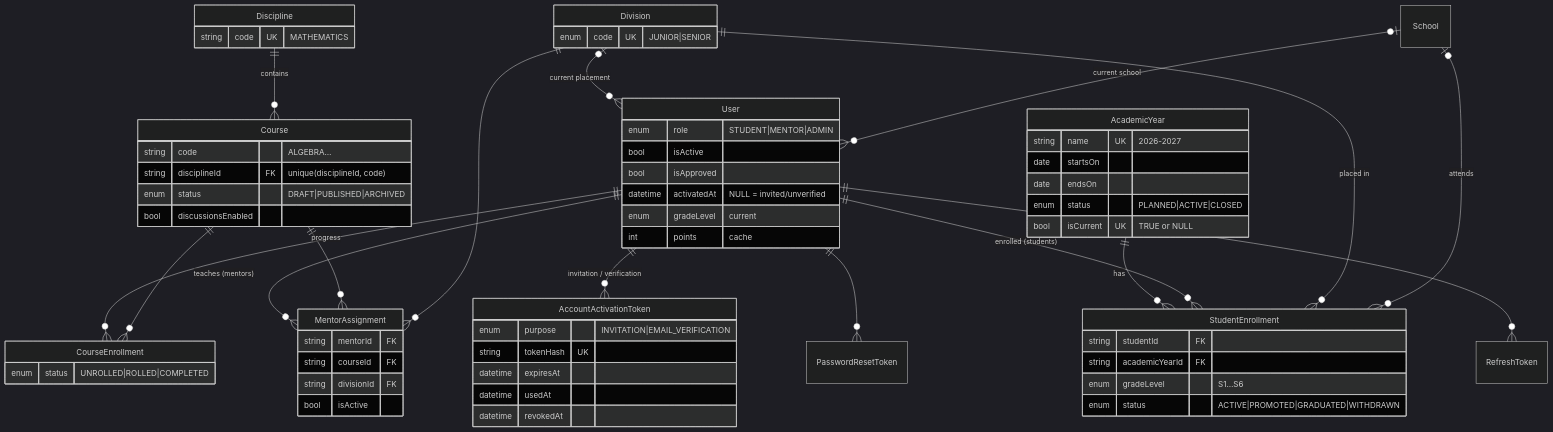
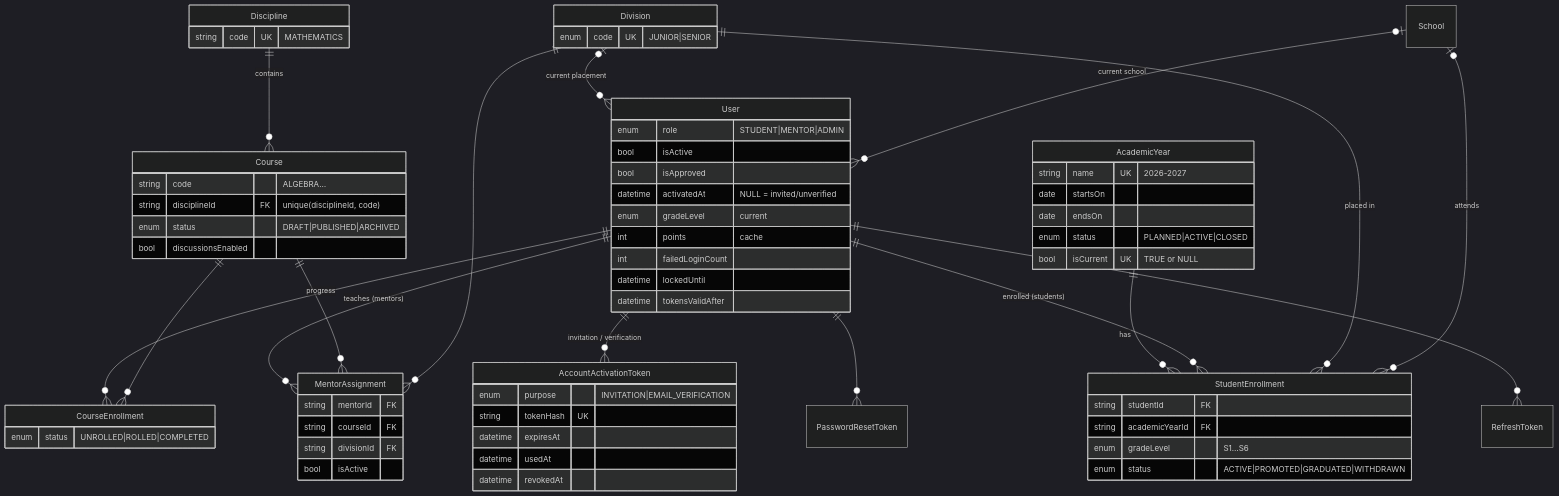
One commit to Theoneste1/ROFBACKENDTEST changed the first of 5 diagrams in docs/DATABASE.md. Above: the diagram before and after it, drawn with Mermaid (dark theme). The commit also changed other lines of this file and 14 other files, not shown here.

````diff
--- a/docs/DATABASE.md
+++ b/docs/DATABASE.md
@@ -49,28 +49,28 @@
 ```mermaid
 erDiagram
   Discipline ||--o{ Course : contains
   AcademicYear ||--o{ StudentEnrollment : "has"
   User ||--o{ StudentEnrollment : "enrolled (students)"
   Division ||--o{ StudentEnrollment : "placed in"
   School |o--o{ StudentEnrollment : "attends"
   Division |o--o{ User : "current placement"
   School |o--o{ User : "current school"
   User ||--o{ MentorAssignment : "teaches (mentors)"
   Course ||--o{ MentorAssignment : ""
   Division ||--o{ MentorAssignment : ""
   User ||--o{ CourseEnrollment : "progress"
   Course ||--o{ CourseEnrollment : ""
   User ||--o{ RefreshToken : ""
   User ||--o{ PasswordResetToken : ""
   User ||--o{ AccountActivationToken : "invitation / verification"
 
   Discipline { string code UK "MATHEMATICS" }
   Course { string code "ALGEBRA…" string disciplineId FK "unique(disciplineId, code)" enum status "DRAFT|PUBLISHED|ARCHIVED" bool discussionsEnabled }
   Division { enum code UK "JUNIOR|SENIOR" }
   AcademicYear { string name UK "2026-2027" date startsOn date endsOn enum status "PLANNED|ACTIVE|CLOSED" bool isCurrent UK "TRUE or NULL" }
   StudentEnrollment { string studentId FK string academicYearId FK enum gradeLevel "S1…S6" enum status "ACTIVE|PROMOTED|GRADUATED|WITHDRAWN" }
-  User { enum role "STUDENT|MENTOR|ADMIN" bool isActive bool isApproved datetime activatedAt "NULL = invited/unverified" enum gradeLevel "current" int points "cache" }
+  User { enum role "STUDENT|MENTOR|ADMIN" bool isActive bool isApproved datetime activatedAt "NULL = invited/unverified" enum gradeLevel "current" int points "cache" int failedLoginCount datetime lockedUntil datetime tokensValidAfter }
   AccountActivationToken { enum purpose "INVITATION|EMAIL_VERIFICATION" string tokenHash UK datetime expiresAt datetime usedAt datetime revokedAt }
   MentorAssignment { string mentorId FK string courseId FK string divisionId FK bool isActive }
   CourseEnrollment { enum status "UNROLLED|ROLLED|COMPLETED" }
 ```
````
